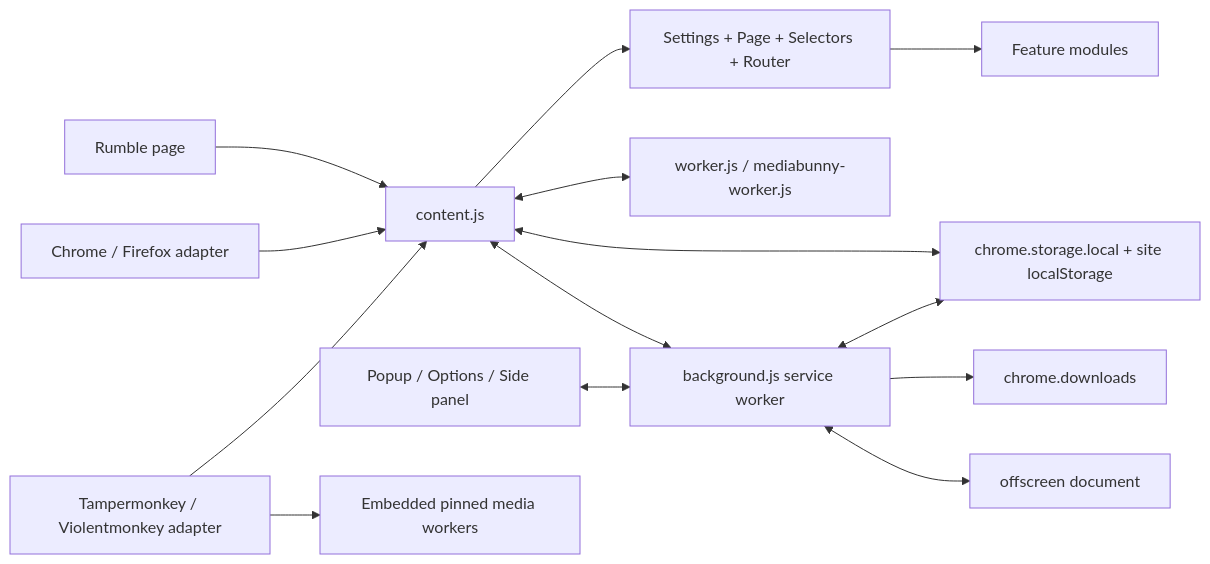
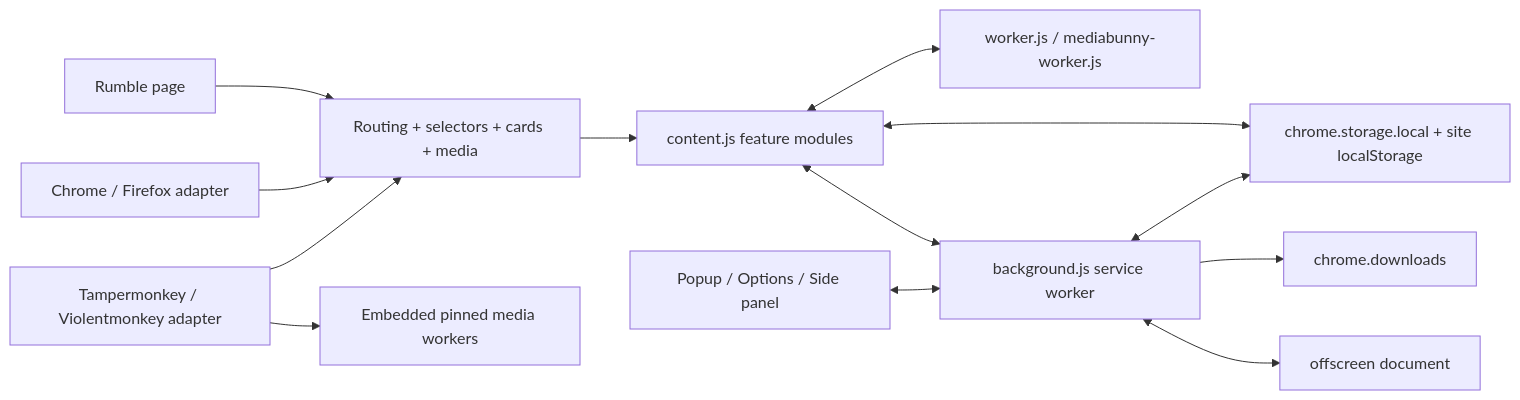
One commit to SysAdminDoc/RumbleX changed the diagram in README.md. Above: the diagram before and after it, drawn with Mermaid. The commit also changed other lines of this file and 23 other files, not shown here.

First line of the commit message:
refactor: split shared page core boundaries

````diff
--- a/README.md
+++ b/README.md
@@ -327,16 +327,15 @@
 ```mermaid
 flowchart LR
-    Site[Rumble page] --> Content[content.js]
-    Extension[Chrome / Firefox adapter] --> Content
-    Userscript[Tampermonkey / Violentmonkey adapter] --> Content
-    Content --> Core[Settings + Page + Selectors + Router]
-    Core --> Features[Feature modules]
+    Site[Rumble page] --> Core[Routing + selectors + cards + media]
+    Extension[Chrome / Firefox adapter] --> Core
+    Userscript[Tampermonkey / Violentmonkey adapter] --> Core
+    Core --> Content[content.js feature modules]
     Content <--> Worker[worker.js / mediabunny-worker.js]
     Content <--> Background[background.js service worker]
     Popup[Popup / Options / Side panel] <--> Background
     Content <--> Storage[chrome.storage.local + site localStorage]
     Background <--> Storage
     Background --> Downloads[chrome.downloads]
     Background <--> Offscreen[offscreen document]
     Userscript --> Embedded[Embedded pinned media workers]
 ```
````
